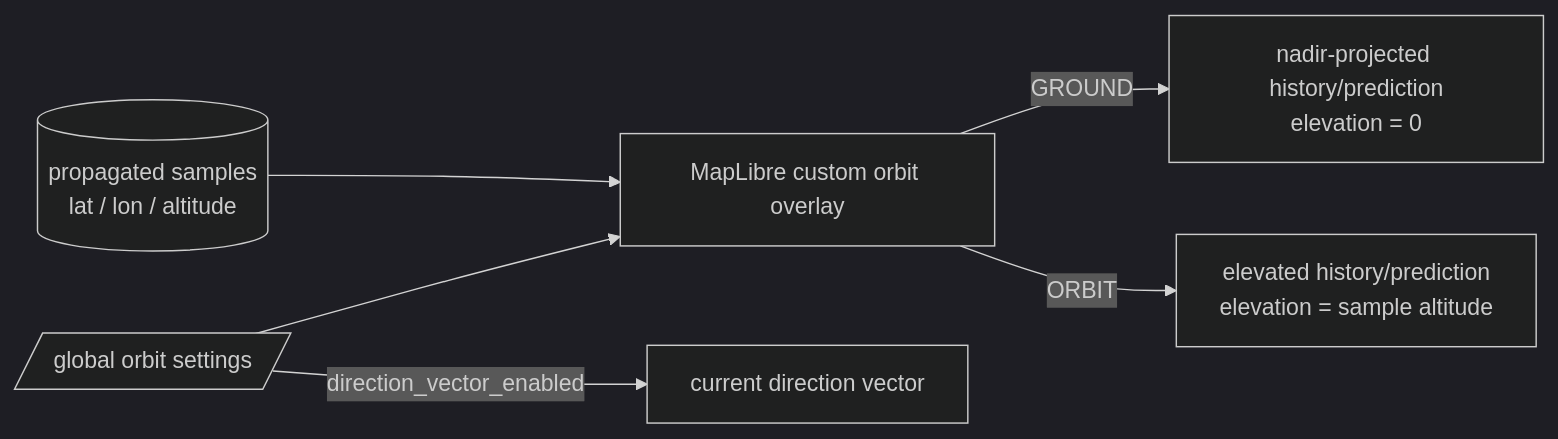
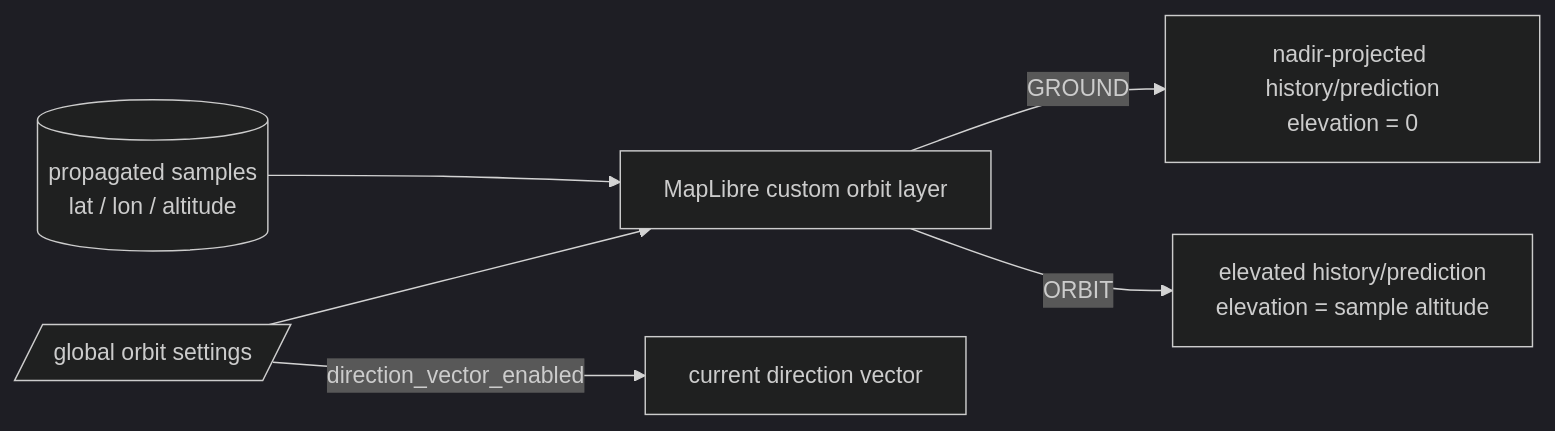
The first of 5 diagrams in docs/orbit-display.md (ExoSpaceLabs/world-sat-monitor), drawn with Mermaid (dark theme) before and after one commit. The commit also changed other lines of this file, not shown here.

Commit message:
docs(world-sat-monitor): document orbit depth occlusion

````diff
--- a/docs/orbit-display.md
+++ b/docs/orbit-display.md
@@ -7,8 +7,8 @@
 ```mermaid
 flowchart LR
-    S[(propagated samples<br/>lat / lon / altitude)] --> R[MapLibre custom orbit overlay]
+    S[(propagated samples<br/>lat / lon / altitude)] --> R[MapLibre custom orbit layer]
     C[/global orbit settings/] --> R
     R -->|GROUND| G[nadir-projected history/prediction<br/>elevation = 0]
     R -->|ORBIT| O[elevated history/prediction<br/>elevation = sample altitude]
     C -->|direction_vector_enabled| D[current direction vector]
 ```
````
